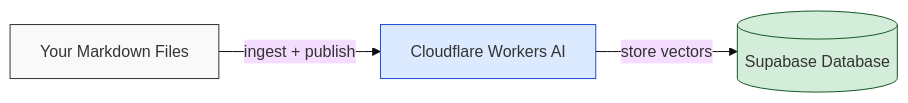
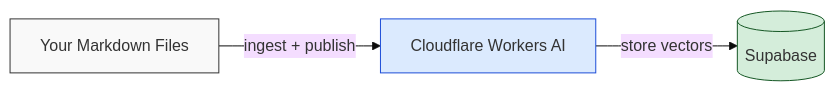
Before and after one commit to southleft/company-docs-mcp: the first of 2 diagrams in README.md, drawn with Mermaid (base theme). The commit also changed other lines of this file, not shown here.

Commit message:
docs: Shorten Supabase label to prevent truncation in GitHub view

````diff
--- a/README.md
+++ b/README.md
@@ -37,8 +37,8 @@
 ```mermaid
 flowchart LR
-    A["Your Markdown Files"] -->|"ingest + publish"| B["Cloudflare Workers AI"] -->|"store vectors"| C[("Supabase Database")]
+    A["Your Markdown Files"] -->|"ingest + publish"| B["Cloudflare Workers AI"] -->|"store vectors"| C[("Supabase")]
 
     style A fill:#f9f9f9,stroke:#333,color:#333
     style B fill:#dbeafe,stroke:#1d4ed8,color:#333
     style C fill:#d4edda,stroke:#155724,color:#333
 ```
````
